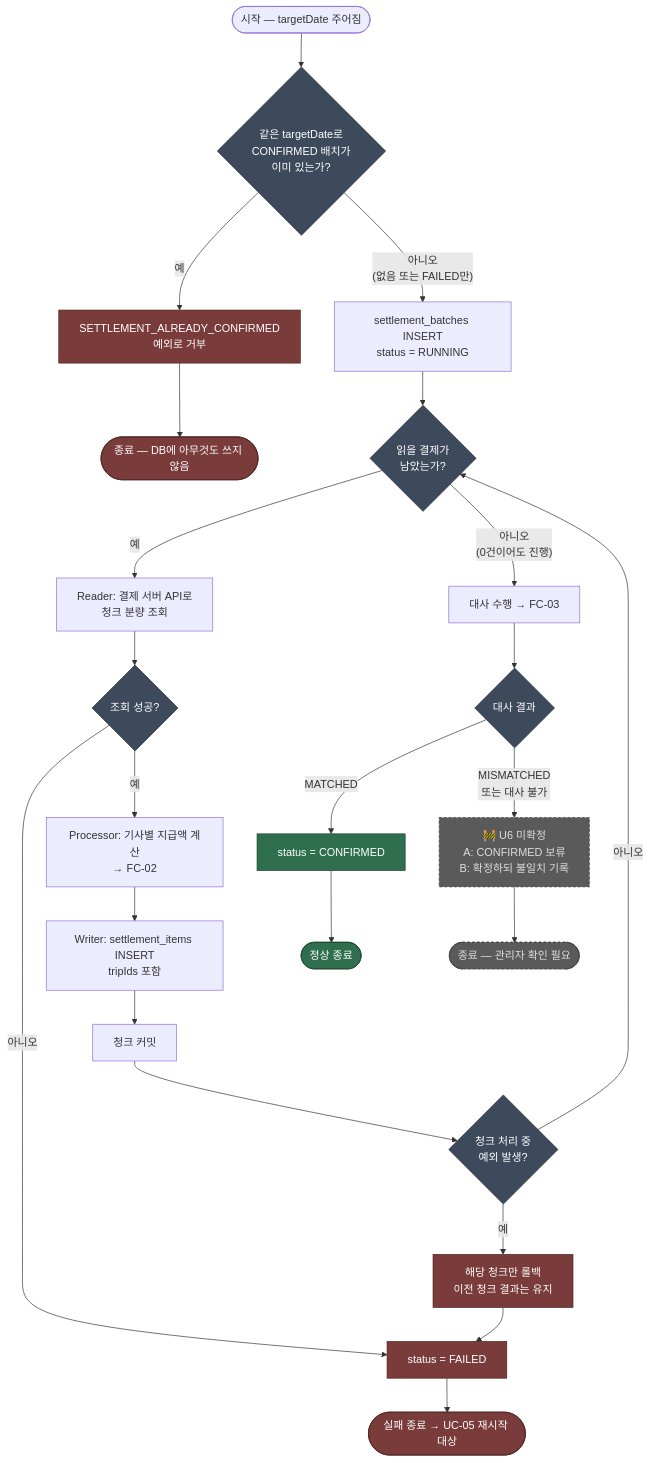
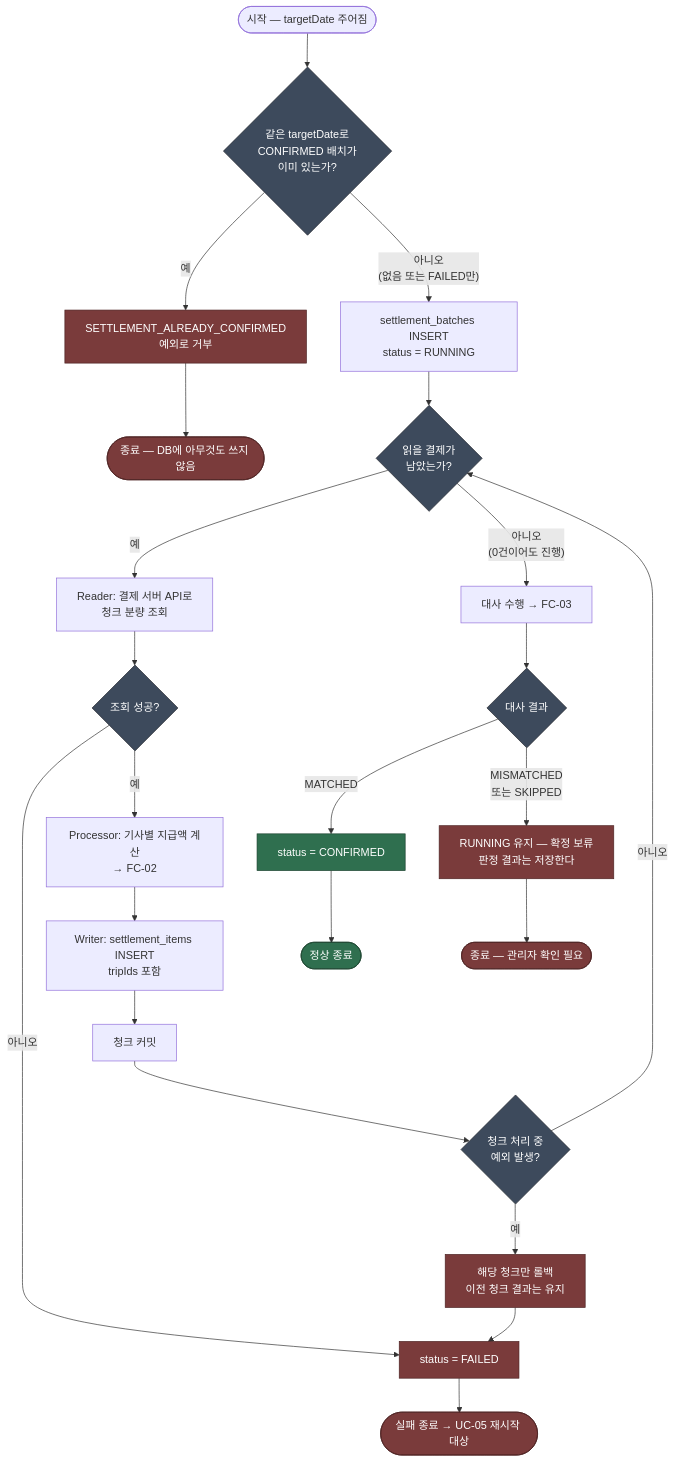
The diagram in docs/05-flow-chart/01-fc-01-batch-control-flow.md (Easy-ADJ/driver-settlement-system), drawn with Mermaid before and after one commit. The commit also changed other lines of this file and 9 other files, not shown here.

````diff
--- a/docs/05-flow-chart/01-fc-01-batch-control-flow.md
+++ b/docs/05-flow-chart/01-fc-01-batch-control-flow.md
@@ -15,42 +15,42 @@
 ```mermaid
 flowchart TB
     start(["시작 — targetDate 주어짐"]) --> guard{"같은 targetDate로<br/>CONFIRMED 배치가<br/>이미 있는가?"}
 
     guard -->|예| reject["SETTLEMENT_ALREADY_CONFIRMED<br/>예외로 거부"]
     reject --> endReject(["종료 — DB에 아무것도 쓰지 않음"])
 
     guard -->|"아니오<br/>(없음 또는 FAILED만)"| createBatch["settlement_batches INSERT<br/>status = RUNNING"]
 
     createBatch --> chunkLoop{"읽을 결제가<br/>남았는가?"}
 
     chunkLoop -->|예| read["Reader: 결제 서버 API로<br/>청크 분량 조회"]
     read --> readOk{"조회 성공?"}
     readOk -->|아니오| failBatch["status = FAILED"]
     readOk -->|예| process["Processor: 기사별 지급액 계산<br/>→ FC-02"]
     process --> write["Writer: settlement_items INSERT<br/>tripIds 포함"]
     write --> commit["청크 커밋"]
     commit --> chunkErr{"청크 처리 중<br/>예외 발생?"}
     chunkErr -->|예| rollbackChunk["해당 청크만 롤백<br/>이전 청크 결과는 유지"]
     rollbackChunk --> failBatch
     chunkErr -->|아니오| chunkLoop
 
     chunkLoop -->|"아니오<br/>(0건이어도 진행)"| recon["대사 수행 → FC-03"]
 
     recon --> reconResult{"대사 결과"}
     reconResult -->|MATCHED| confirm["status = CONFIRMED"]
     confirm --> endOk(["정상 종료"])
 
-    reconResult -->|"MISMATCHED<br/>또는 대사 불가"| pending["🚧 U6 미확정<br/>A: CONFIRMED 보류<br/>B: 확정하되 불일치 기록"]
+    reconResult -->|"MISMATCHED<br/>또는 SKIPPED"| pending["RUNNING 유지 — 확정 보류<br/>판정 결과는 저장한다"]
     pending --> endPending(["종료 — 관리자 확인 필요"])
 
     failBatch --> endFail(["실패 종료 → UC-05 재시작 대상"])
 
     classDef decision fill:#3d4a5c,stroke:#22252d,color:#ffffff;
     classDef bad fill:#7a3b3b,stroke:#4d2323,color:#ffffff;
     classDef good fill:#2f6f4f,stroke:#1c4430,color:#ffffff;
     classDef unknown fill:#5a5a5a,stroke:#3a3a3a,color:#dddddd,stroke-dasharray:4 3;
     class guard,chunkLoop,readOk,chunkErr,reconResult decision;
     class reject,failBatch,rollbackChunk,endReject,endFail bad;
     class confirm,endOk good;
-    class pending,endPending unknown;
+    class pending,endPending bad;
 ```
````
